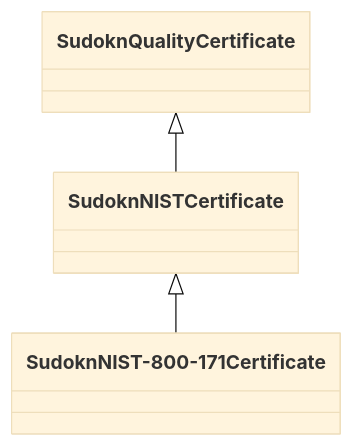
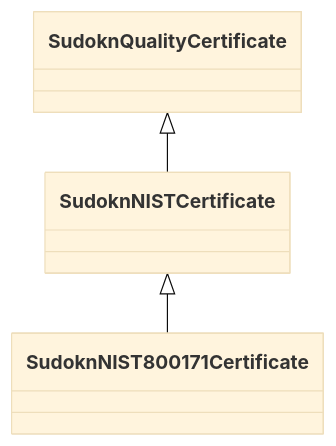
The diagram in sudokn-kg/classes/SudoknNISTCertificate.md (frink-okn/graph-descriptions), drawn with Mermaid (base theme) before and after one commit. The commit also changed other lines of this file and 903 other files, not shown here.

````diff
--- a/sudokn-kg/classes/SudoknNISTCertificate.md
+++ b/sudokn-kg/classes/SudoknNISTCertificate.md
@@ -23,14 +16,14 @@
 ```mermaid
  classDiagram
     class SudoknNISTCertificate
     click SudoknNISTCertificate href "../SudoknNISTCertificate"
       SudoknQualityCertificate <|-- SudoknNISTCertificate
         click SudoknQualityCertificate href "../SudoknQualityCertificate"
       
 
-      SudoknNISTCertificate <|-- SudoknNIST-800-171Certificate
-        click SudoknNIST-800-171Certificate href "../SudoknNIST-800-171Certificate"
+      SudoknNISTCertificate <|-- SudoknNIST800171Certificate
+        click SudoknNIST800171Certificate href "../SudoknNIST800171Certificate"
       
       
       
 ```
````
